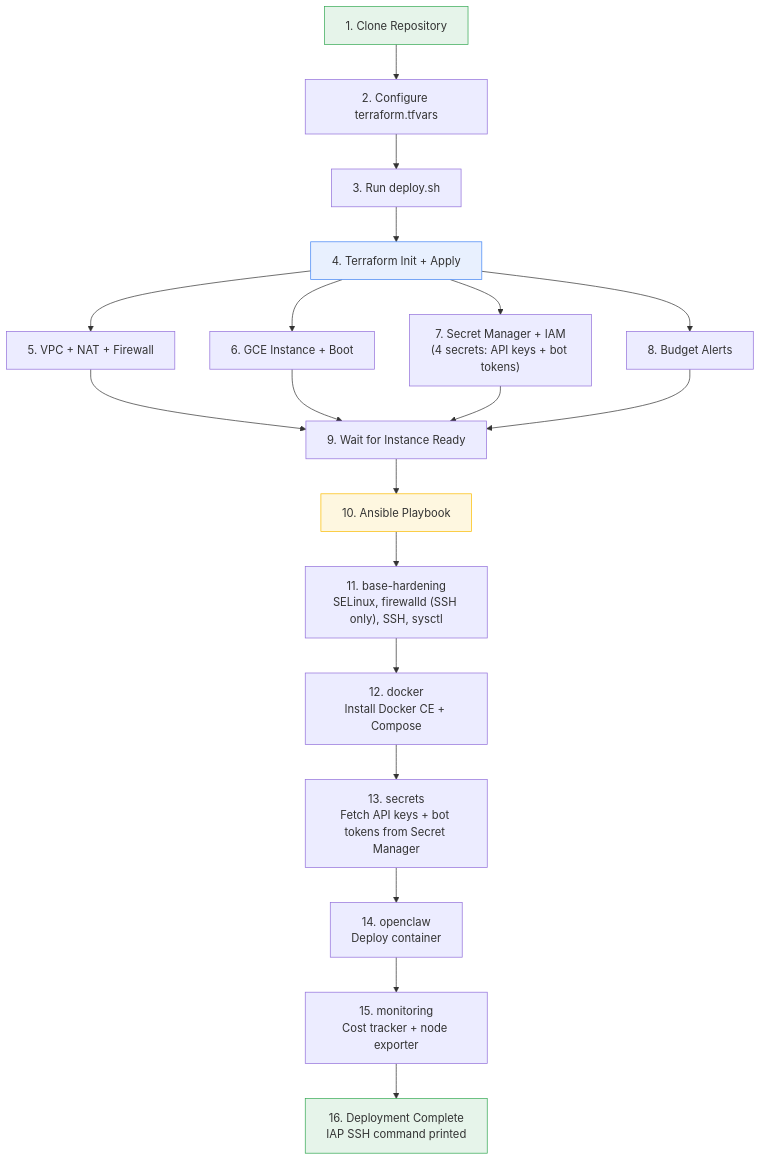
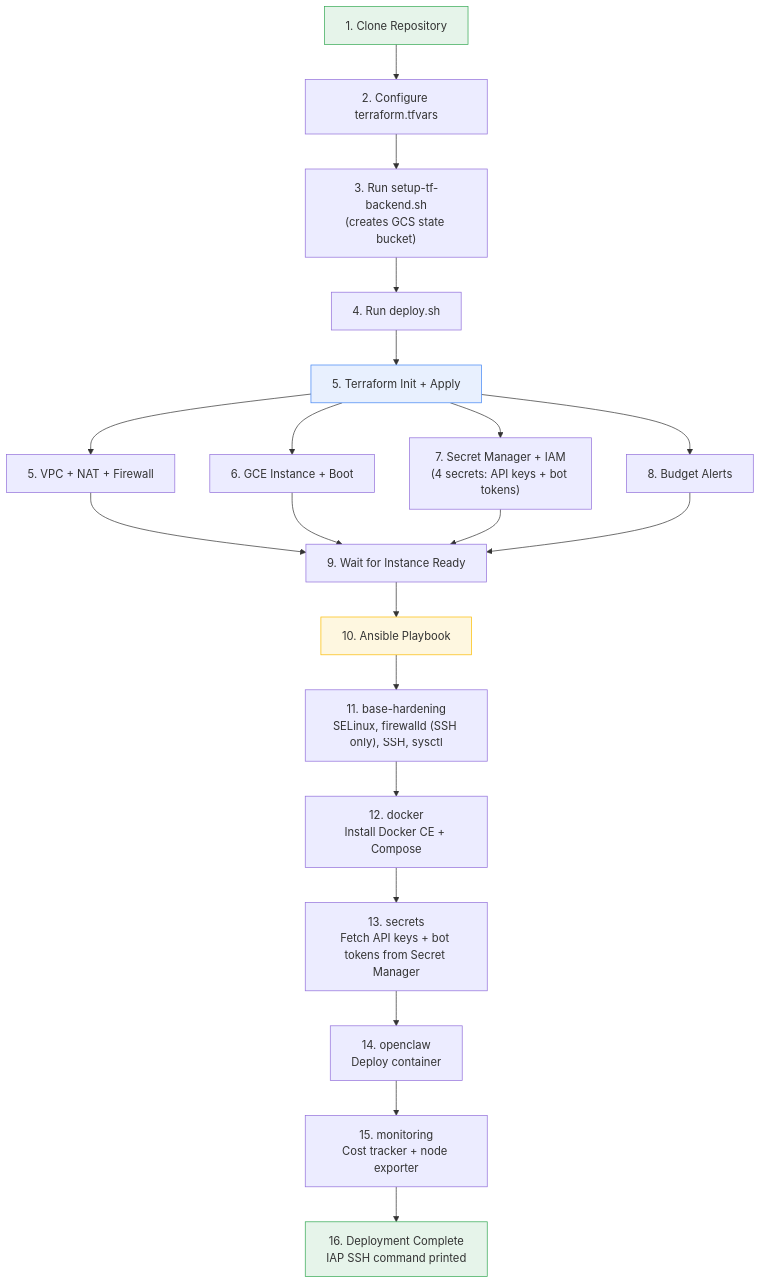
The fourth of 4 diagrams in docs/architecture.md (maziz00/openclaw-gcp), drawn with Mermaid before and after one commit. The commit also changed other lines of this file and 4 other files, not shown here.

````diff
--- a/docs/architecture.md
+++ b/docs/architecture.md
@@ -260,26 +260,27 @@
 ```mermaid
 graph TD
     A["1. Clone Repository"] --> B["2. Configure terraform.tfvars"]
-    B --> C["3. Run deploy.sh"]
-    C --> D["4. Terraform Init + Apply"]
+    B --> B2["3. Run setup-tf-backend.sh\n(creates GCS state bucket)"]
+    B2 --> C["4. Run deploy.sh"]
+    C --> D["5. Terraform Init + Apply"]
     D --> E["5. VPC + NAT + Firewall"]
     D --> F["6. GCE Instance + Boot"]
     D --> G["7. Secret Manager + IAM\n(4 secrets: API keys + bot tokens)"]
     D --> H["8. Budget Alerts"]
     E --> J["9. Wait for Instance Ready"]
     F --> J
     G --> J
     H --> J
     J --> K["10. Ansible Playbook"]
     K --> L["11. base-hardening\nSELinux, firewalld (SSH only), SSH, sysctl"]
     L --> M["12. docker\nInstall Docker CE + Compose"]
     M --> N["13. secrets\nFetch API keys + bot tokens from Secret Manager"]
     N --> O["14. openclaw\nDeploy container"]
     O --> P["15. monitoring\nCost tracker + node exporter"]
     P --> Q["16. Deployment Complete\nIAP SSH command printed"]
 
     style A fill:#e6f4ea,stroke:#34a853
     style Q fill:#e6f4ea,stroke:#34a853
     style D fill:#e8f0fe,stroke:#4285f4
     style K fill:#fef7e0,stroke:#fbbc04
 ```
````
